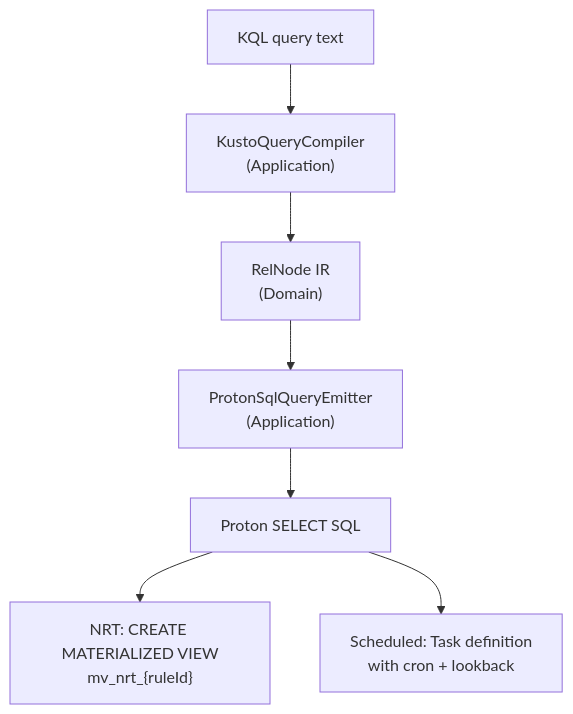
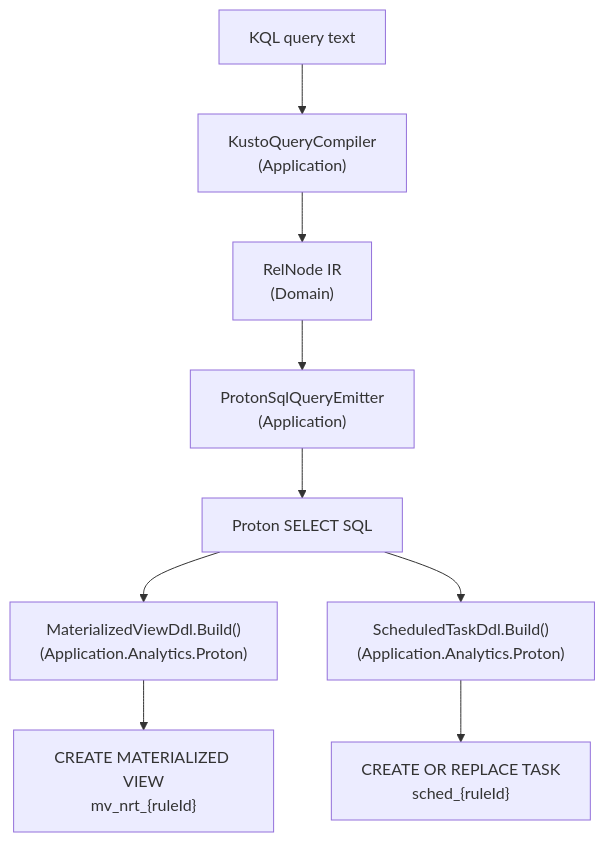
Before and after one commit to DeltaZulu-OU/DeltaZulu.Platform: the third of 5 diagrams in docs/ARCHITECTURE.md, drawn with Mermaid. The commit also changed other lines of this file and 6 other files, not shown here.

Commit message:
Add Proton DDL builders (MV, Task, Alert, Interval)

````diff
--- a/docs/ARCHITECTURE.md
+++ b/docs/ARCHITECTURE.md
@@ -447,9 +453,11 @@
 ```mermaid
 flowchart TD
     KQL["KQL query text"] --> KC["KustoQueryCompiler<br/>(Application)"]
     KC --> RN["RelNode IR<br/>(Domain)"]
     RN --> PE["ProtonSqlQueryEmitter<br/>(Application)"]
     PE --> SQL["Proton SELECT SQL"]
-    SQL --> NRT_DDL["NRT: CREATE MATERIALIZED VIEW<br/>mv_nrt_{ruleId}"]
-    SQL --> SCHED_DDL["Scheduled: Task definition<br/>with cron + lookback"]
+    SQL --> MV["MaterializedViewDdl.Build()<br/>(Application.Analytics.Proton)"]
+    SQL --> ST["ScheduledTaskDdl.Build()<br/>(Application.Analytics.Proton)"]
+    MV --> NRT_DDL["CREATE MATERIALIZED VIEW<br/>mv_nrt_{ruleId}"]
+    ST --> SCHED_DDL["CREATE OR REPLACE TASK<br/>sched_{ruleId}"]
 ```
````
